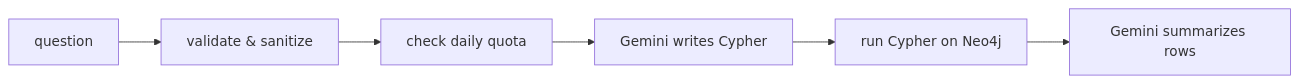
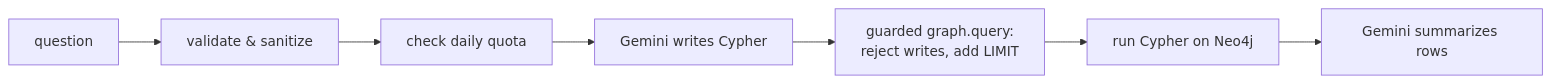
Before and after one commit to AbdullahYousaf-13/Hybrid-Vector-Graph-Rag: the third of 3 diagrams in docs/Flow.md, drawn with Mermaid. The commit also changed other lines of this file and 4 other files, not shown here.

````diff
--- a/docs/Flow.md
+++ b/docs/Flow.md
@@ -103,8 +103,9 @@
 ```mermaid
 flowchart LR
     Q[question] --> V[validate & sanitize]
     V --> D[check daily quota]
     D --> C[Gemini writes Cypher]
-    C --> R[run Cypher on Neo4j]
+    C --> G[guarded graph.query:<br/>reject writes, add LIMIT]
+    G --> R[run Cypher on Neo4j]
     R --> A[Gemini summarizes rows]
 ```
````
